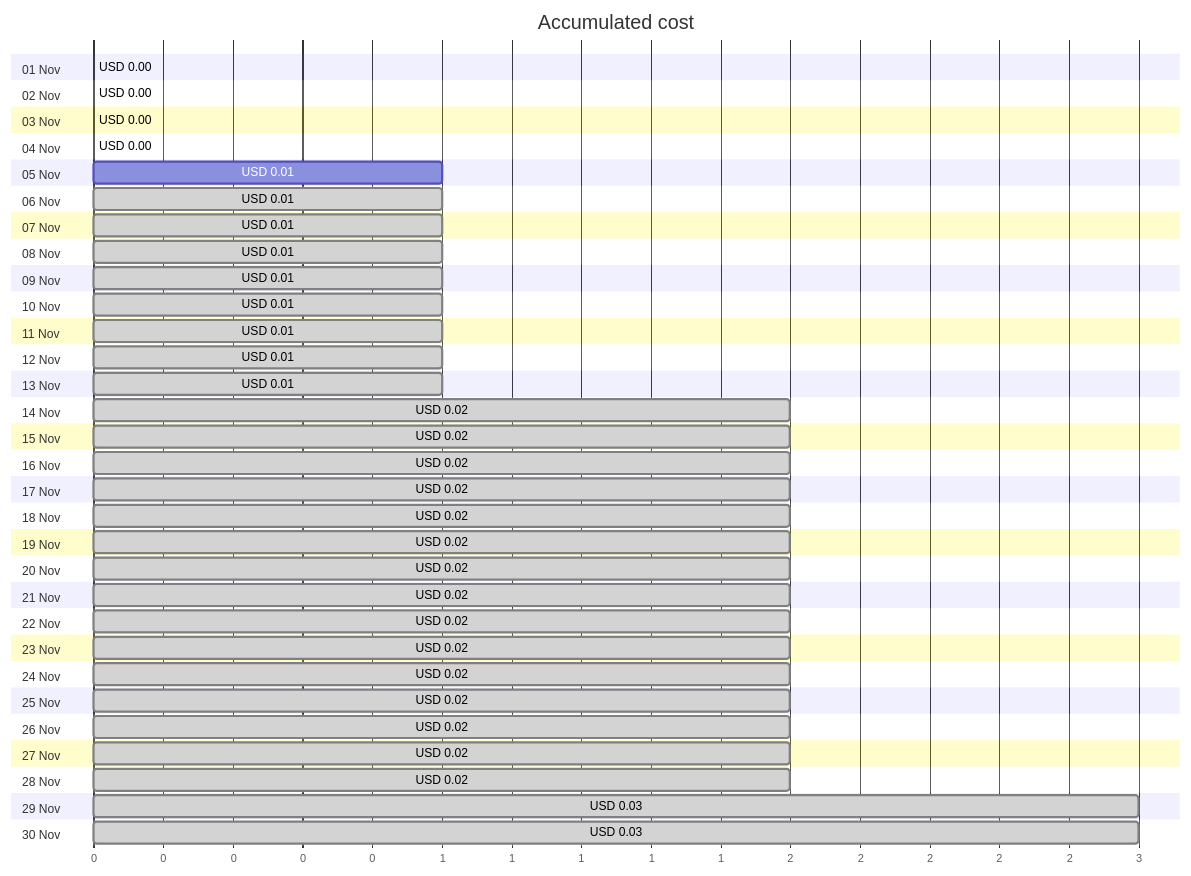
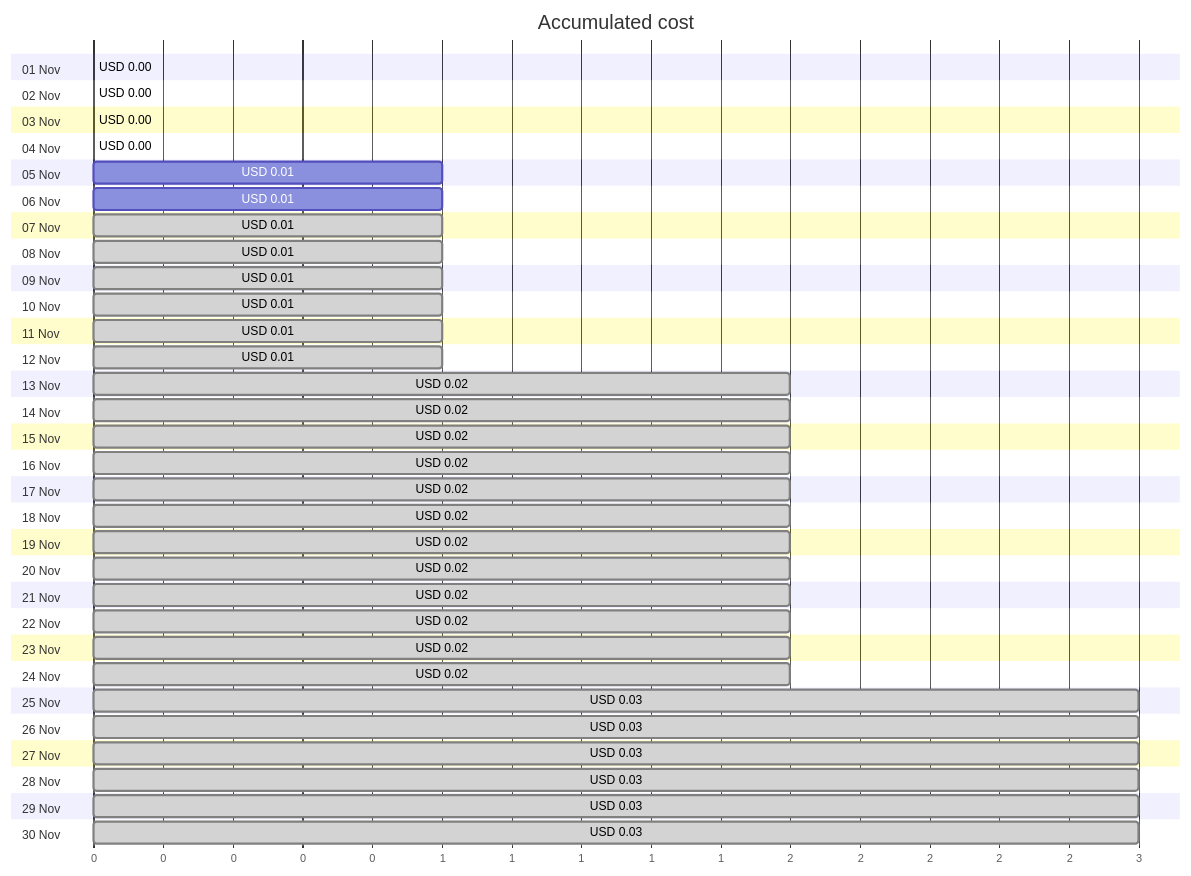
Before and after one commit to jpfulton/azure-personal-reports: the first of 4 diagrams in cost-reports/personal-site/personalsiteapistorage.md, drawn with Mermaid. The commit also changed other lines of this file and 6 other files, not shown here.

````diff
--- a/cost-reports/personal-site/personalsiteapistorage.md
+++ b/cost-reports/personal-site/personalsiteapistorage.md
@@ -20,66 +20,66 @@
 ```mermaid
 gantt
    title Accumulated cost
    dateFormat  X
    axisFormat %s
    section 01 Nov
    USD 0.00 :0, 0
    section 02 Nov
    USD 0.00 :0, 0
    section 03 Nov
    USD 0.00 :0, 0
    section 04 Nov
    USD 0.00 :0, 0
    section 05 Nov
    USD 0.01 :0, 1
    section 06 Nov
-   USD 0.01 : done, 0, 1
+   USD 0.01 :0, 1
    section 07 Nov
    USD 0.01 : done, 0, 1
    section 08 Nov
    USD 0.01 : done, 0, 1
    section 09 Nov
    USD 0.01 : done, 0, 1
    section 10 Nov
    USD 0.01 : done, 0, 1
    section 11 Nov
    USD 0.01 : done, 0, 1
    section 12 Nov
    USD 0.01 : done, 0, 1
    section 13 Nov
-   USD 0.01 : done, 0, 1
+   USD 0.02 : done, 0, 2
    section 14 Nov
    USD 0.02 : done, 0, 2
    section 15 Nov
    USD 0.02 : done, 0, 2
    section 16 Nov
    USD 0.02 : done, 0, 2
    section 17 Nov
    USD 0.02 : done, 0, 2
    section 18 Nov
    USD 0.02 : done, 0, 2
    section 19 Nov
    USD 0.02 : done, 0, 2
    section 20 Nov
    USD 0.02 : done, 0, 2
    section 21 Nov
    USD 0.02 : done, 0, 2
    section 22 Nov
    USD 0.02 : done, 0, 2
    section 23 Nov
    USD 0.02 : done, 0, 2
    section 24 Nov
    USD 0.02 : done, 0, 2
    section 25 Nov
-   USD 0.02 : done, 0, 2
+   USD 0.03 : done, 0, 3
    section 26 Nov
-   USD 0.02 : done, 0, 2
+   USD 0.03 : done, 0, 3
    section 27 Nov
-   USD 0.02 : done, 0, 2
+   USD 0.03 : done, 0, 3
    section 28 Nov
-   USD 0.02 : done, 0, 2
+   USD 0.03 : done, 0, 3
    section 29 Nov
    USD 0.03 : done, 0, 3
    section 30 Nov
    USD 0.03 : done, 0, 3
 ```
````
